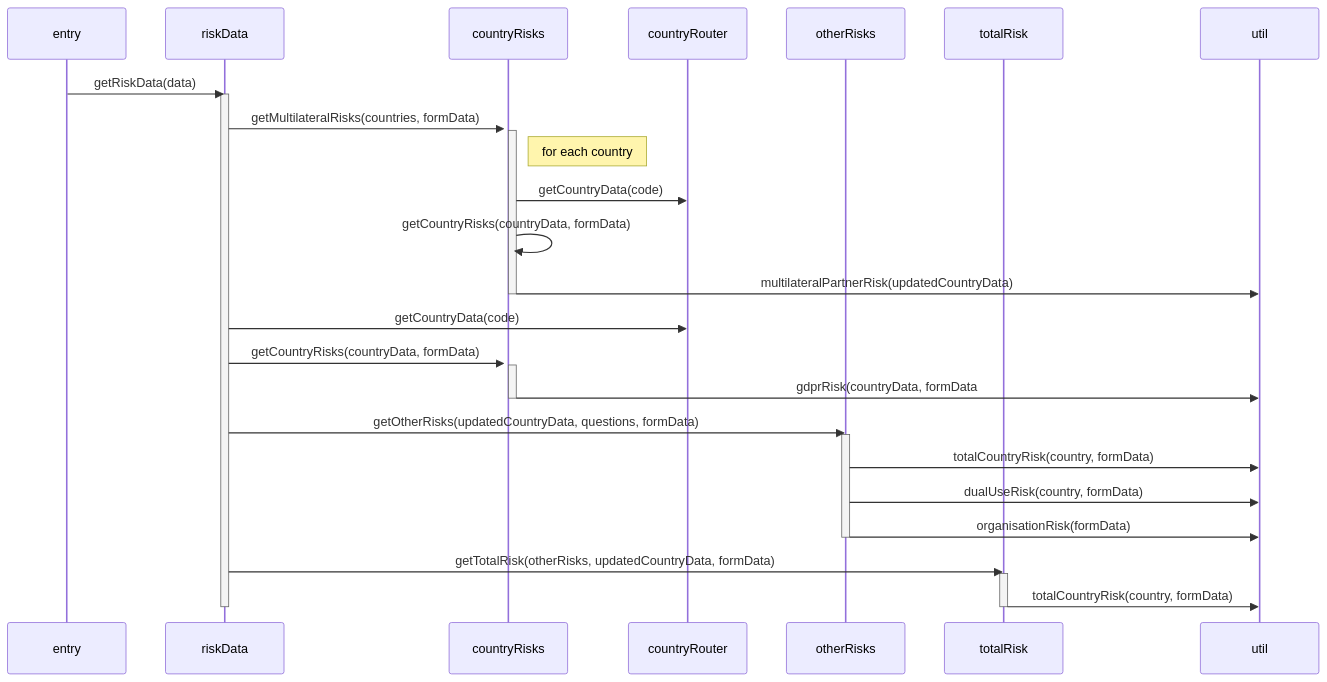
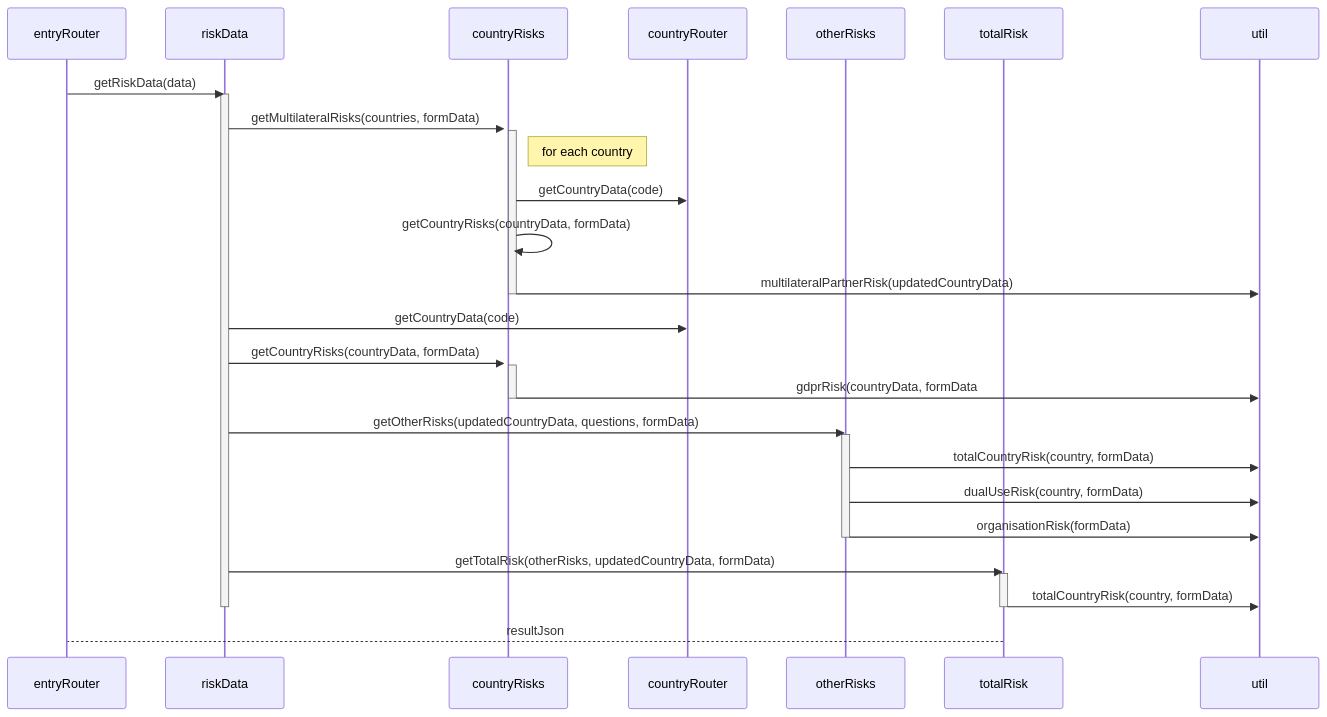
The diagram in docs/control_flow.md (UniversityOfHelsinkiCS/riksutin), drawn with Mermaid before and after one commit.

Commit message:
Rename 'entry' to 'entryRouter' in sequence diagram

````diff
--- a/docs/control_flow.md
+++ b/docs/control_flow.md
@@ -1,36 +1,37 @@
 ```mermaid
 sequenceDiagram
-    participant entry
+    participant entryRouter
     participant riskData
     participant countryRisks
     participant countryRouter
     participant otherRisks
     participant totalRisk
     participant util
 
-    entry->>riskData: getRiskData(data)
+    entryRouter->>riskData: getRiskData(data)
     activate riskData
     riskData ->>+ countryRisks: getMultilateralRisks(countries, formData)
     activate countryRisks
     Note right of countryRisks: for each country
     countryRisks ->> countryRouter: getCountryData(code)
     countryRisks ->> countryRisks: getCountryRisks(countryData, formData)
     countryRisks ->> util: multilateralPartnerRisk(updatedCountryData)
     deactivate countryRisks
     riskData ->> countryRouter: getCountryData(code)
     riskData ->> countryRisks: getCountryRisks(countryData, formData)
     activate countryRisks
     countryRisks ->> util: gdprRisk(countryData, formData
     deactivate countryRisks
     riskData ->> otherRisks: getOtherRisks(updatedCountryData, questions, formData)
     activate otherRisks
     otherRisks ->> util: totalCountryRisk(country, formData)
     otherRisks ->> util: dualUseRisk(country, formData)
     otherRisks ->> util: organisationRisk(formData)
     deactivate otherRisks
     riskData ->> totalRisk: getTotalRisk(otherRisks, updatedCountryData, formData)
     activate totalRisk
     totalRisk ->> util: totalCountryRisk(country, formData)
     deactivate totalRisk
     deactivate riskData
+    totalRisk --> entryRouter: resultJson
 ```
````
